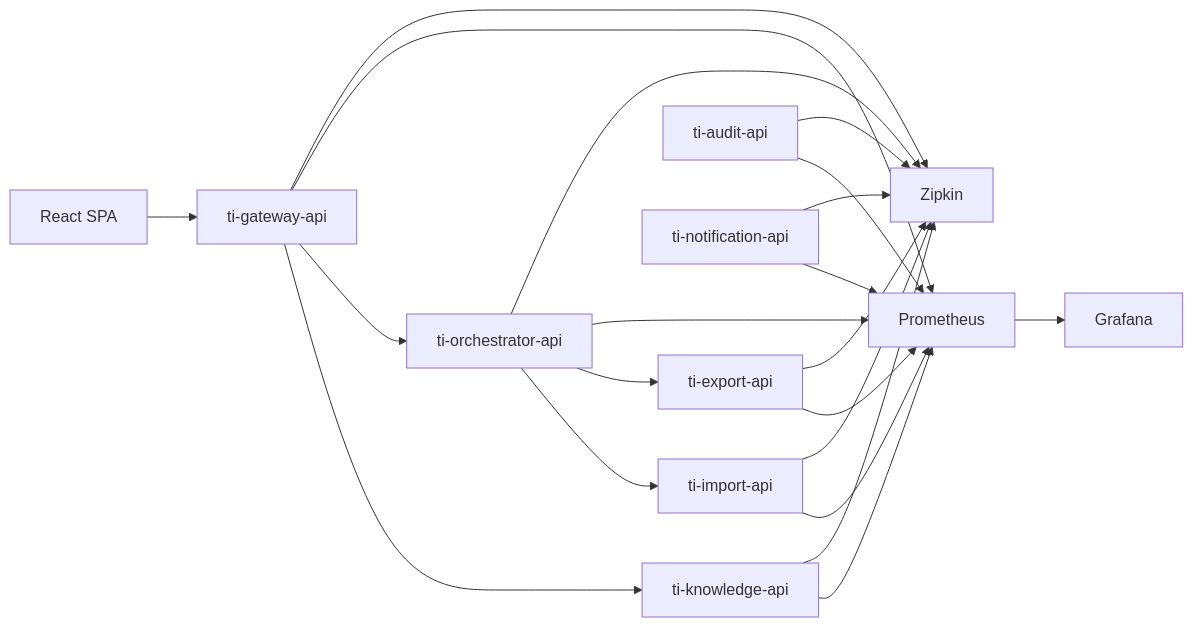
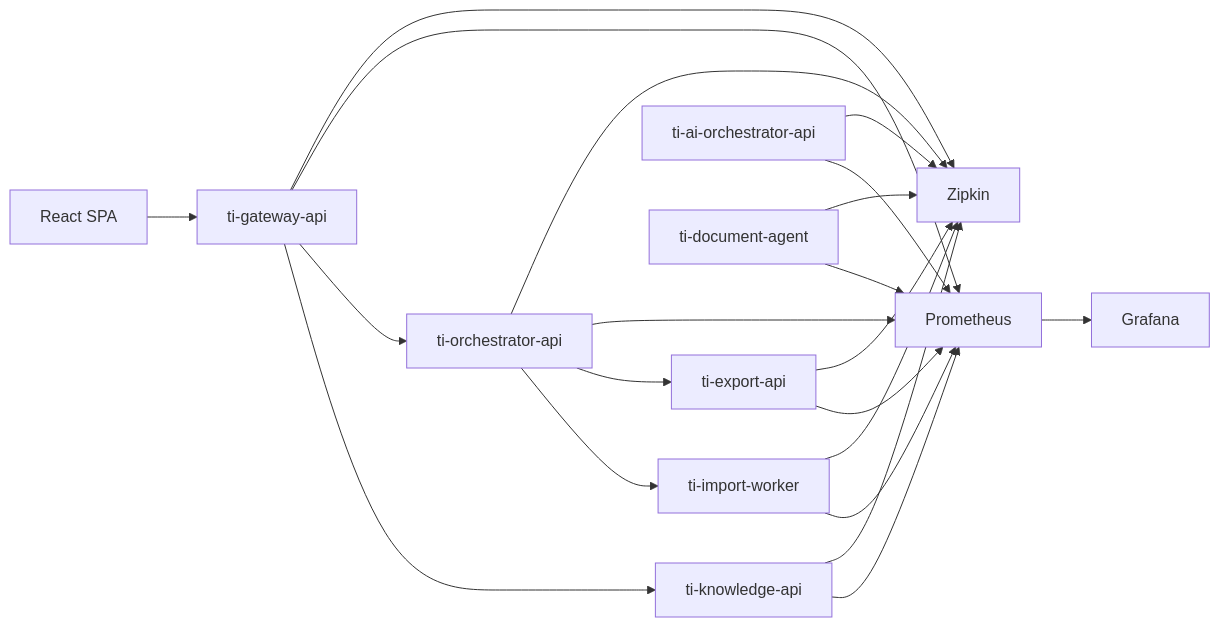
One commit to MarinaPimenova/ti-gateway-api changed the diagram in doc/_04_1_OBSERVABILITY.md. Above: the diagram before and after it, drawn with Mermaid. The commit also changed 33 other files, not shown here.

````diff
--- a/doc/_04_1_OBSERVABILITY.md
+++ b/doc/_04_1_OBSERVABILITY.md
@@ -278,51 +278,51 @@
 ```mermaid
 flowchart LR
 
     User["React SPA"]
 
     Gateway["ti-gateway-api"]
 
     Knowledge["ti-knowledge-api"]
 
-    Job["ti-orchestrator-api"]
+    Orchestrator["ti-orchestrator-api"]
 
-    Import["ti-import-api"]
+    Import["ti-import-worker"]
 
     Export["ti-export-api"]
 
-    Audit["ti-audit-api"]
+    AI_Orchestrator["ti-ai-orchestrator-api"]
 
-    Notification["ti-notification-api"]
+    Document_Agent["ti-document-agent"]
 
     Prometheus["Prometheus"]
 
     Grafana["Grafana"]
 
     Zipkin["Zipkin"]
 
     User --> Gateway
 
     Gateway --> Knowledge
-    Gateway --> Job
+    Gateway --> Orchestrator
 
-    Job --> Import
-    Job --> Export
+    Orchestrator --> Import
+    Orchestrator --> Export
 
     Gateway --> Prometheus
     Knowledge --> Prometheus
-    Job --> Prometheus
+    Orchestrator --> Prometheus
     Import --> Prometheus
     Export --> Prometheus
-    Audit --> Prometheus
-    Notification --> Prometheus
+    AI_Orchestrator --> Prometheus
+    Document_Agent --> Prometheus
 
     Gateway --> Zipkin
     Knowledge --> Zipkin
-    Job --> Zipkin
+    Orchestrator --> Zipkin
     Import --> Zipkin
     Export --> Zipkin
-    Audit --> Zipkin
-    Notification --> Zipkin
+    AI_Orchestrator --> Zipkin
+    Document_Agent --> Zipkin
 
     Prometheus --> Grafana
 ```
````
